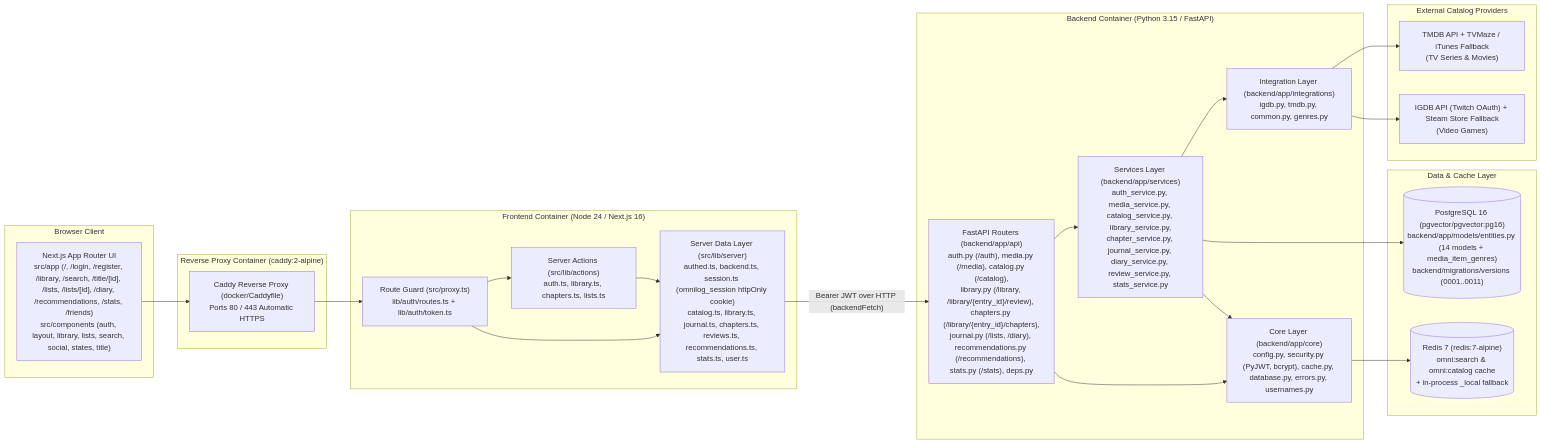
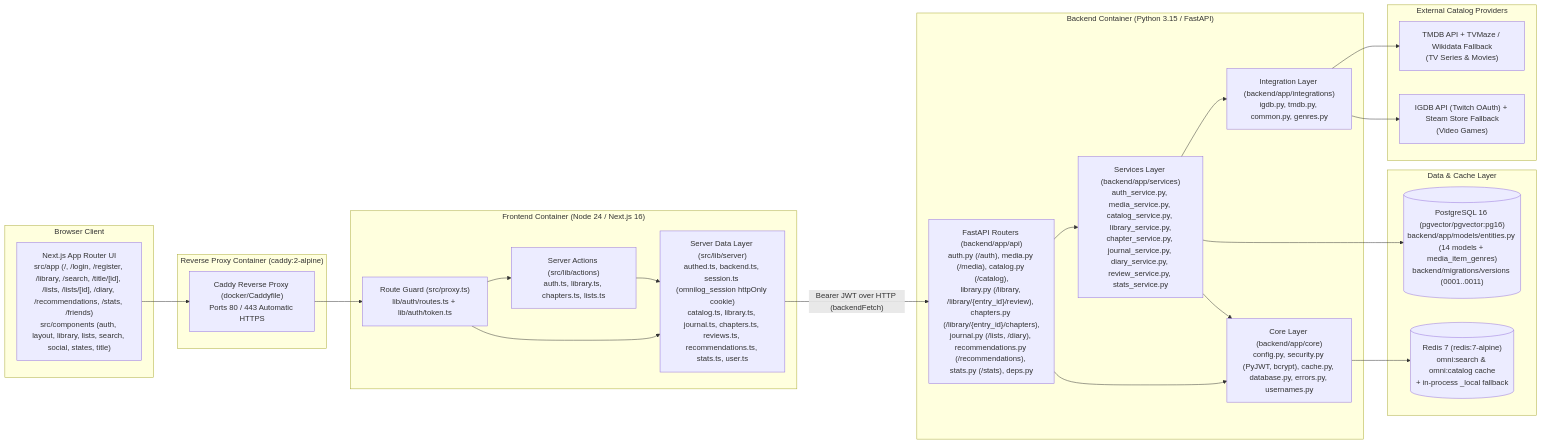
Before and after one commit to metezd/OmniLog: the diagram in docs/design/arch/architecture-diagram.md, drawn with Mermaid. The commit also changed 9 other files, not shown here.

First line of the commit message:
docs(design): show Wikidata as the keyless movie source in the diagrams and the report

````diff
--- a/docs/design/arch/architecture-diagram.md
+++ b/docs/design/arch/architecture-diagram.md
@@ -10,48 +10,48 @@
 ```mermaid
 flowchart LR
   subgraph Client["Browser Client"]
     UI["Next.js App Router UI\nsrc/app (/, /login, /register, /library, /search, /title/[id], /lists, /lists/[id], /diary, /recommendations, /stats, /friends)\nsrc/components (auth, layout, library, lists, search, social, states, title)"]
   end
 
   subgraph ProxyContainer["Reverse Proxy Container (caddy:2-alpine)"]
     CADDY["Caddy Reverse Proxy (docker/Caddyfile)\nPorts 80 / 443 Automatic HTTPS"]
   end
 
   subgraph FrontendContainer["Frontend Container (Node 24 / Next.js 16)"]
     MW["Route Guard (src/proxy.ts)\nlib/auth/routes.ts + lib/auth/token.ts"]
     ACT["Server Actions (src/lib/actions)\nauth.ts, library.ts, chapters.ts, lists.ts"]
     SRV["Server Data Layer (src/lib/server)\nauthed.ts, backend.ts, session.ts (omnilog_session httpOnly cookie)\ncatalog.ts, library.ts, journal.ts, chapters.ts, reviews.ts, recommendations.ts, stats.ts, user.ts"]
   end
 
   subgraph BackendContainer["Backend Container (Python 3.15 / FastAPI)"]
     API["FastAPI Routers (backend/app/api)\nauth.py (/auth), media.py (/media), catalog.py (/catalog),\nlibrary.py (/library, /library/{entry_id}/review), chapters.py (/library/{entry_id}/chapters),\njournal.py (/lists, /diary), recommendations.py (/recommendations), stats.py (/stats), deps.py"]
     SVC["Services Layer (backend/app/services)\nauth_service.py, media_service.py, catalog_service.py, library_service.py,\nchapter_service.py, journal_service.py, diary_service.py, review_service.py, stats_service.py"]
     INT["Integration Layer (backend/app/integrations)\nigdb.py, tmdb.py, common.py, genres.py"]
     CORE["Core Layer (backend/app/core)\nconfig.py, security.py (PyJWT, bcrypt), cache.py, database.py, errors.py, usernames.py"]
   end
 
   subgraph DataLayer["Data & Cache Layer"]
     PG[("PostgreSQL 16 (pgvector/pgvector:pg16)\nbackend/app/models/entities.py (14 models + media_item_genres)\nbackend/migrations/versions (0001..0011)")]
     RD[("Redis 7 (redis:7-alpine)\nomni:search & omni:catalog cache\n+ in-process _local fallback")]
   end
 
   subgraph ExternalAPIs["External Catalog Providers"]
-    TMDB["TMDB API + TVMaze / iTunes Fallback\n(TV Series & Movies)"]
+    TMDB["TMDB API + TVMaze / Wikidata Fallback\n(TV Series & Movies)"]
     IGDB["IGDB API (Twitch OAuth) + Steam Store Fallback\n(Video Games)"]
   end
 
   UI --> CADDY
   CADDY --> MW
   MW --> ACT
   MW --> SRV
   ACT --> SRV
   SRV -->|"Bearer JWT over HTTP (backendFetch)"| API
   API --> SVC
   API --> CORE
   SVC --> INT
   SVC --> CORE
   SVC --> PG
   CORE --> RD
   INT --> TMDB
   INT --> IGDB
 ```
````
